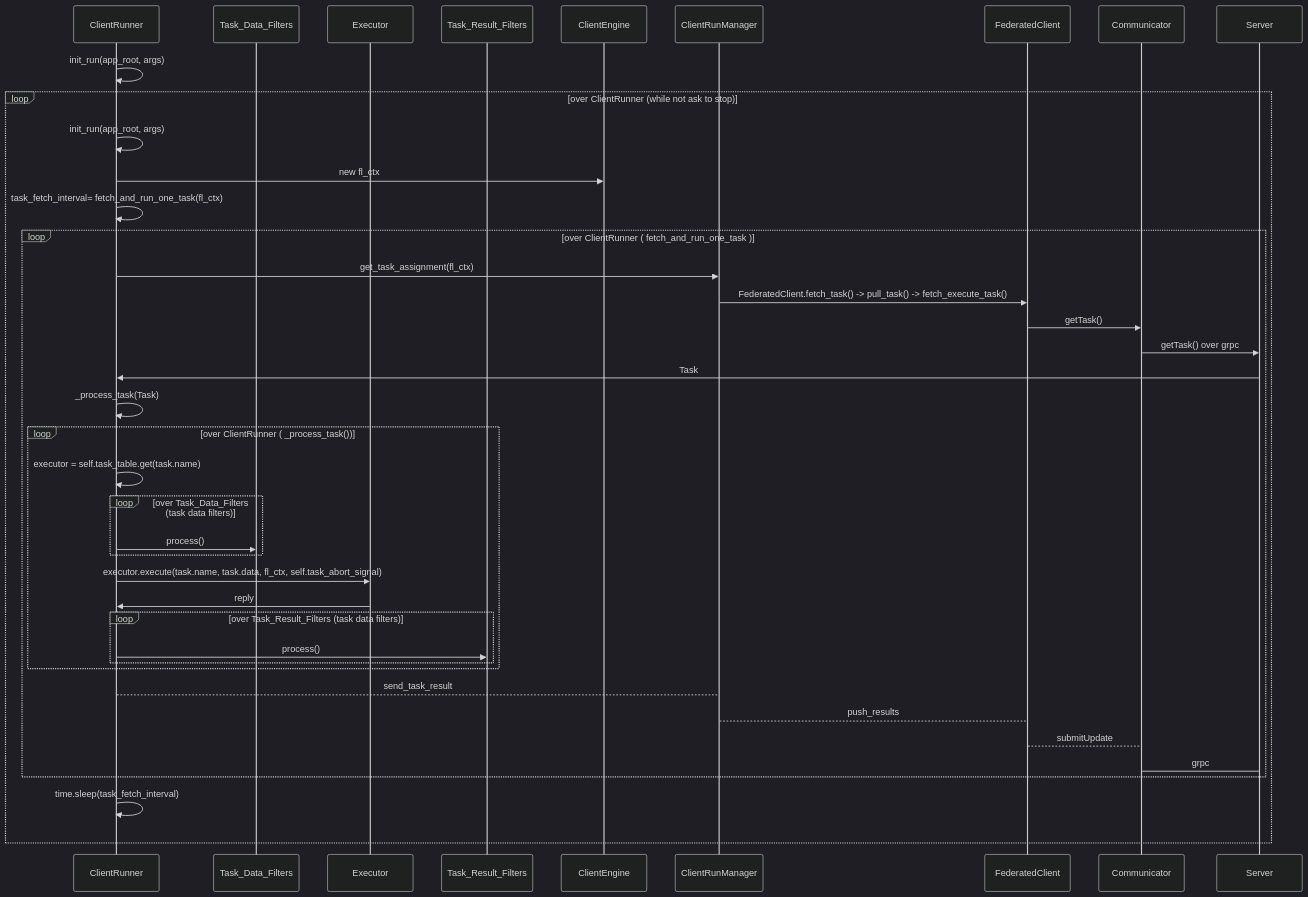
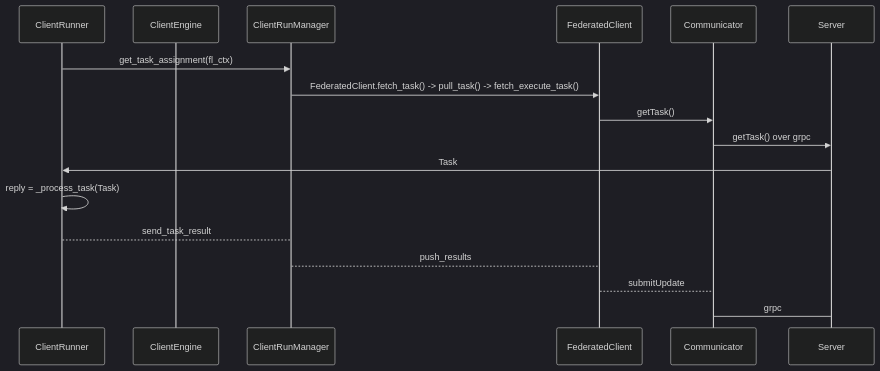
The tenth of 11 diagrams in docs/system_state_and_flow/system_workflow.md (hitesh-ag1/NVFlare), drawn with Mermaid (dark theme) before and after one commit.

Commit message:
update client side process workflow sequence diagram

````diff
--- a/docs/system_state_and_flow/system_workflow.md
+++ b/docs/system_state_and_flow/system_workflow.md
@@ -215,45 +229,21 @@
 ```mermaid
 sequenceDiagram
     participant ClientRunner
-    participant Task_Data_Filters
-    participant Executor
-    participant Task_Result_Filters
     participant ClientEngine
     participant ClientRunManager
     participant FederatedClient
     participant Communicator
     participant Server
-
-        ClientRunner  ->> ClientRunner: init_run(app_root, args)
-        loop over ClientRunner (while not ask to stop)
-            ClientRunner  ->> ClientRunner: init_run(app_root, args)
-            ClientRunner  ->> ClientEngine: new fl_ctx
-            ClientRunner  ->> ClientRunner: task_fetch_interval= fetch_and_run_one_task(fl_ctx)
-            loop over ClientRunner ( fetch_and_run_one_task ) 
+ 
                 ClientRunner  ->> ClientRunManager:get_task_assignment(fl_ctx)
                 ClientRunManager  ->> FederatedClient:FederatedClient.fetch_task() -> pull_task() -> fetch_execute_task()
                 FederatedClient  ->> Communicator:getTask()
                 Communicator ->> Server : getTask() over grpc
                 Server ->> ClientRunner: Task
-                ClientRunner ->> ClientRunner: _process_task(Task)
-                loop over ClientRunner ( _process_task()) 
-                    ClientRunner ->> ClientRunner: executor = self.task_table.get(task.name)
-                    loop over Task_Data_Filters (task data filters)
-                        ClientRunner ->> Task_Data_Filters: process()
-                    end
-                    ClientRunner ->> Executor: executor.execute(task.name, task.data, fl_ctx, self.task_abort_signal)
-                    Executor ->> ClientRunner: reply 
-                    loop over Task_Result_Filters (task data filters)
-                        ClientRunner ->> Task_Result_Filters: process()
-                    end
-                end
+                ClientRunner ->> ClientRunner: reply = _process_task(Task)
                 ClientRunner --> ClientRunManager: send_task_result
                 ClientRunManager --> FederatedClient: push_results
                 FederatedClient --> Communicator: submitUpdate
                 Communicator -> Server: grpc 
-            end
-                        
-            ClientRunner  ->> ClientRunner: time.sleep(task_fetch_interval) 
-        end
-   
+  
 ```
````
